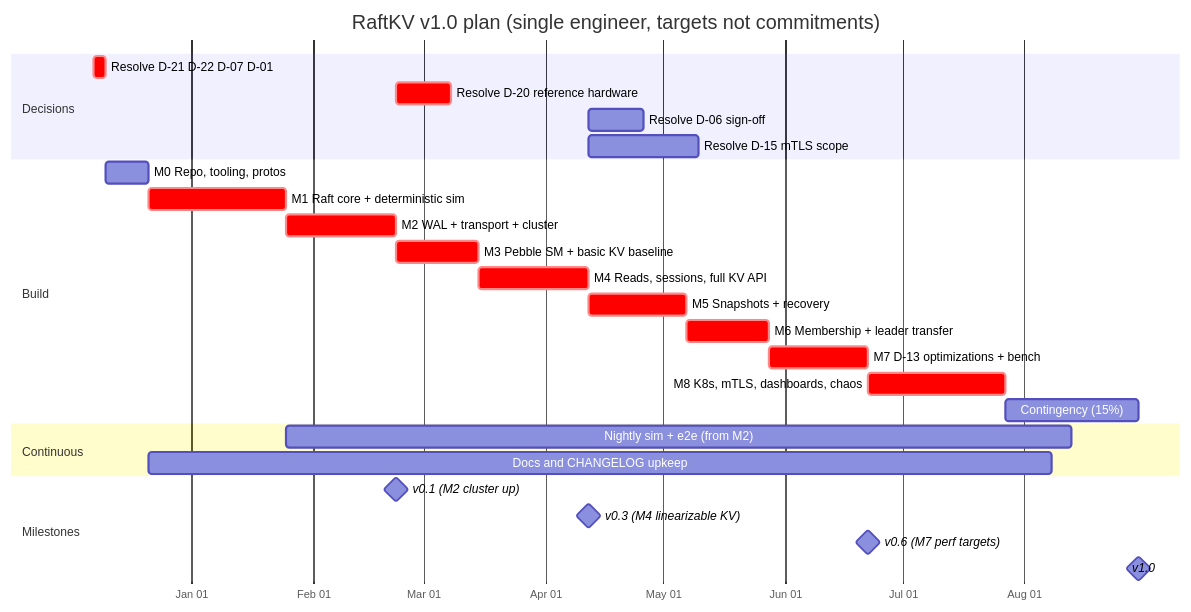
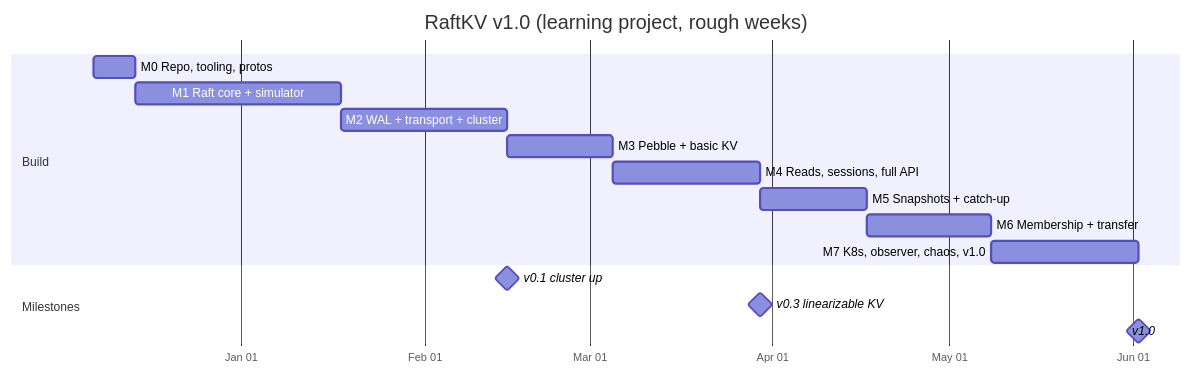
The first of 2 diagrams in docs/implementation-roadmap.md (bibekgupta3333/raftkv-distributed-store), drawn with Mermaid before and after one commit. The commit also changed other lines of this file and 1 other file, not shown here.

First line of the commit message:
docs: replan roadmap and WBS for milestones M0-M7

````diff
--- a/docs/implementation-roadmap.md
+++ b/docs/implementation-roadmap.md
@@ -60,34 +39,21 @@
 ```mermaid
 gantt
-    title RaftKV v1.0 plan (single engineer, targets not commitments)
+    title RaftKV v1.0 (learning project, rough weeks)
     dateFormat  YYYY-MM-DD
     axisFormat  %b %d
 
-    section Decisions
-    Resolve D-21 D-22 D-07 D-01      :crit, dec0, 2026-12-07, 3d
-    Resolve D-20 reference hardware  :crit, dec20, after m2, 14d
-    Resolve D-06 sign-off            :dec06, after m4, 14d
-    Resolve D-15 mTLS scope          :dec15, after m4, 28d
-
     section Build
-    M0 Repo, tooling, protos         :m0, after dec0, 11d
-    M1 Raft core + deterministic sim :crit, m1, after m0, 35d
-    M2 WAL + transport + cluster     :crit, m2, after m1, 28d
-    M3 Pebble SM + basic KV baseline :crit, m3, after m2, 21d
-    M4 Reads, sessions, full KV API  :crit, m4, after m3, 28d
-    M5 Snapshots + recovery          :crit, m5, after m4, 25d
-    M6 Membership + leader transfer  :crit, m6, after m5, 21d
-    M7 D-13 optimizations + bench    :crit, m7, after m6, 25d
-    M8 K8s, mTLS, dashboards, chaos  :crit, m8, after m7, 35d
-    Contingency (15%)                :buf, after m8, 34d
-
-    section Continuous
-    Nightly sim + e2e (from M2)      :cont1, after m1, 200d
-    Docs and CHANGELOG upkeep        :cont2, after m0, 230d
+    M0 Repo, tooling, protos          :m0, 2026-12-07, 7d
+    M1 Raft core + simulator          :m1, after m0, 35d
+    M2 WAL + transport + cluster      :m2, after m1, 28d
+    M3 Pebble + basic KV              :m3, after m2, 18d
+    M4 Reads, sessions, full API      :m4, after m3, 25d
+    M5 Snapshots + catch-up           :m5, after m4, 18d
+    M6 Membership + transfer          :m6, after m5, 21d
+    M7 K8s, observer, chaos, v1.0     :m7, after m6, 25d
 
     section Milestones
-    v0.1 (M2 cluster up)             :milestone, after m2, 0d
-    v0.3 (M4 linearizable KV)        :milestone, after m4, 0d
-    v0.6 (M7 perf targets)           :milestone, after m7, 0d
-    v1.0                             :milestone, after buf, 0d
+    v0.1 cluster up                   :milestone, after m2, 0d
+    v0.3 linearizable KV              :milestone, after m4, 0d
+    v1.0                              :milestone, after m7, 0d
 ```
````
